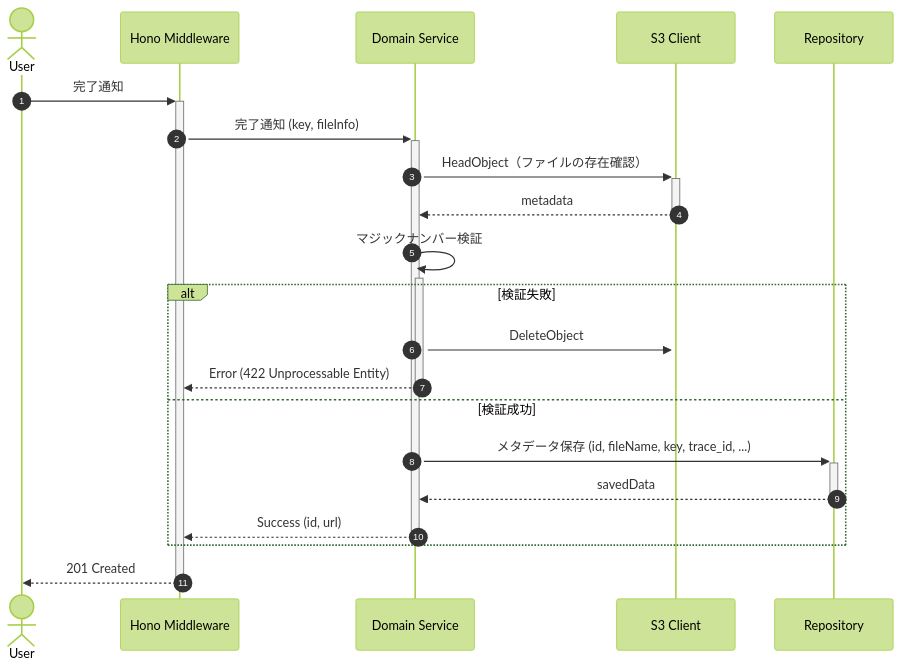
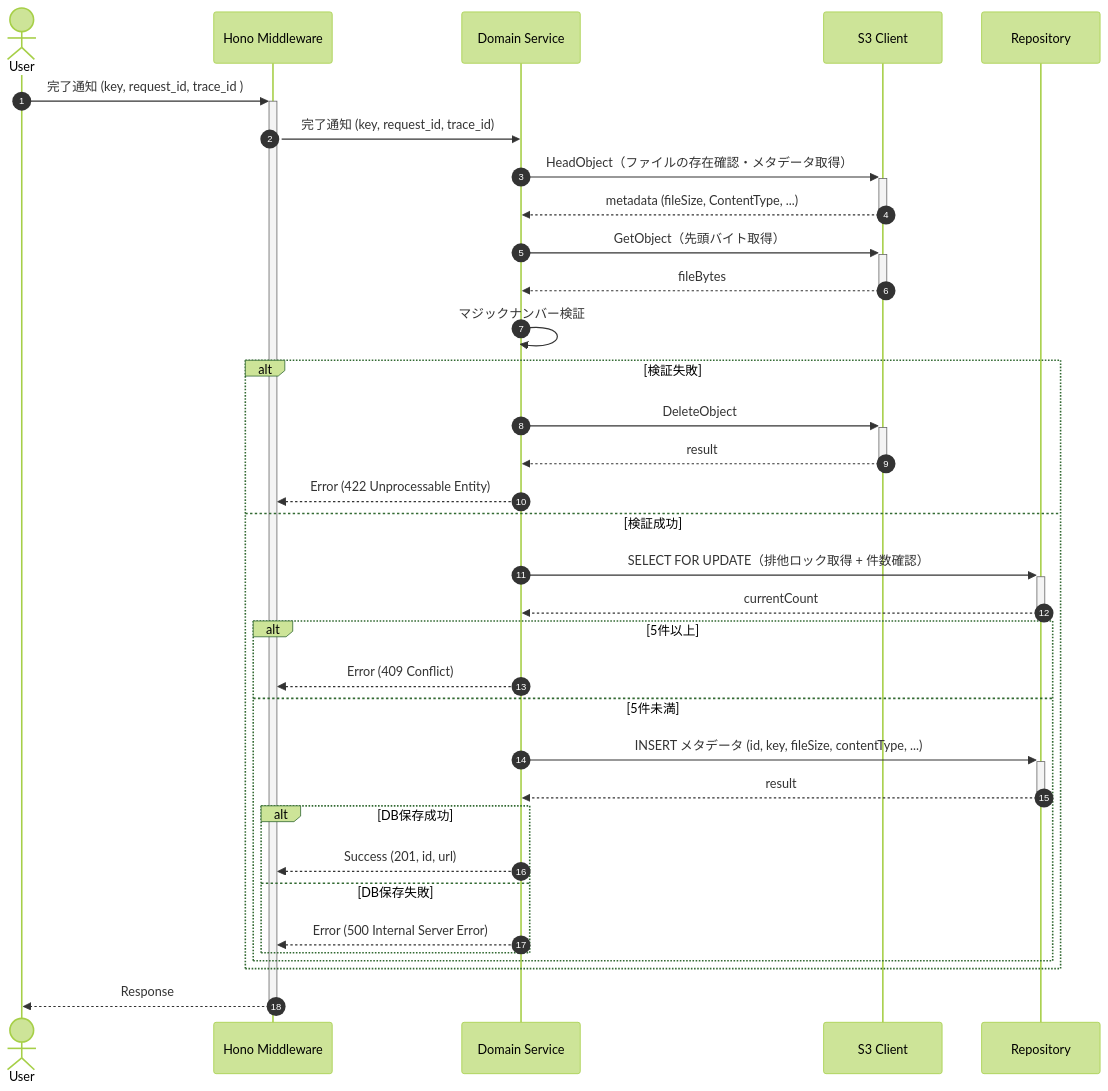
One commit to Hitamuki/spec-driven-development changed the diagram in specs/hugo/content/design/api/images/api002-upload.md. Above: the diagram before and after it, drawn with Mermaid (forest theme). The commit also changed other lines of this file, not shown here.

````diff
--- a/specs/hugo/content/design/api/images/api002-upload.md
+++ b/specs/hugo/content/design/api/images/api002-upload.md
@@ -85,24 +83,37 @@
 ```mermaid
 sequenceDiagram
     autonumber
     actor User
     participant Hono as Hono Middleware
     participant Domain as Domain Service
     participant S3 as S3 Client
     participant DB as Repository
 
-    User->>+Hono: 完了通知
-    Hono->>+Domain: 完了通知 (key, fileInfo)
-    Domain->>+S3: HeadObject（ファイルの存在確認）
-    S3-->>-Domain: metadata
-    Domain->>+Domain: マジックナンバー検証
+    User->>+Hono: 完了通知 (key, request_id, trace_id )
+    Hono->>Domain: 完了通知 (key, request_id, trace_id)
+    Domain->>+S3: HeadObject（ファイルの存在確認・メタデータ取得）
+    S3-->>-Domain: metadata (fileSize, ContentType, ...)
+    Domain->>+S3: GetObject（先頭バイト取得）
+    S3-->>-Domain: fileBytes
+    Domain->>Domain: マジックナンバー検証
     alt 検証失敗
         Domain->>+S3: DeleteObject
-        Domain-->>-Hono: Error (422 Unprocessable Entity)
+        S3-->>-Domain: result
+        Domain-->>Hono: Error (422 Unprocessable Entity)
     else 検証成功
-        Domain->>+DB: メタデータ保存 (id, fileName, key, trace_id, ...)
-        DB-->>-Domain: savedData
-        Domain-->>-Hono: Success (id, url)
+        Domain->>+DB: SELECT FOR UPDATE（排他ロック取得 + 件数確認）
+        DB-->>-Domain: currentCount
+        alt 5件以上
+            Domain-->>Hono: Error (409 Conflict)
+        else 5件未満
+            Domain->>+DB: INSERT メタデータ (id, key, fileSize, contentType, ...)
+            DB-->>-Domain: result
+            alt DB保存成功
+                Domain-->>Hono: Success (201, id, url)
+            else DB保存失敗
+                Domain-->>Hono: Error (500 Internal Server Error)
+            end
+        end
     end
-    Hono-->>-User: 201 Created
+    Hono-->>-User: Response
 ```
````
